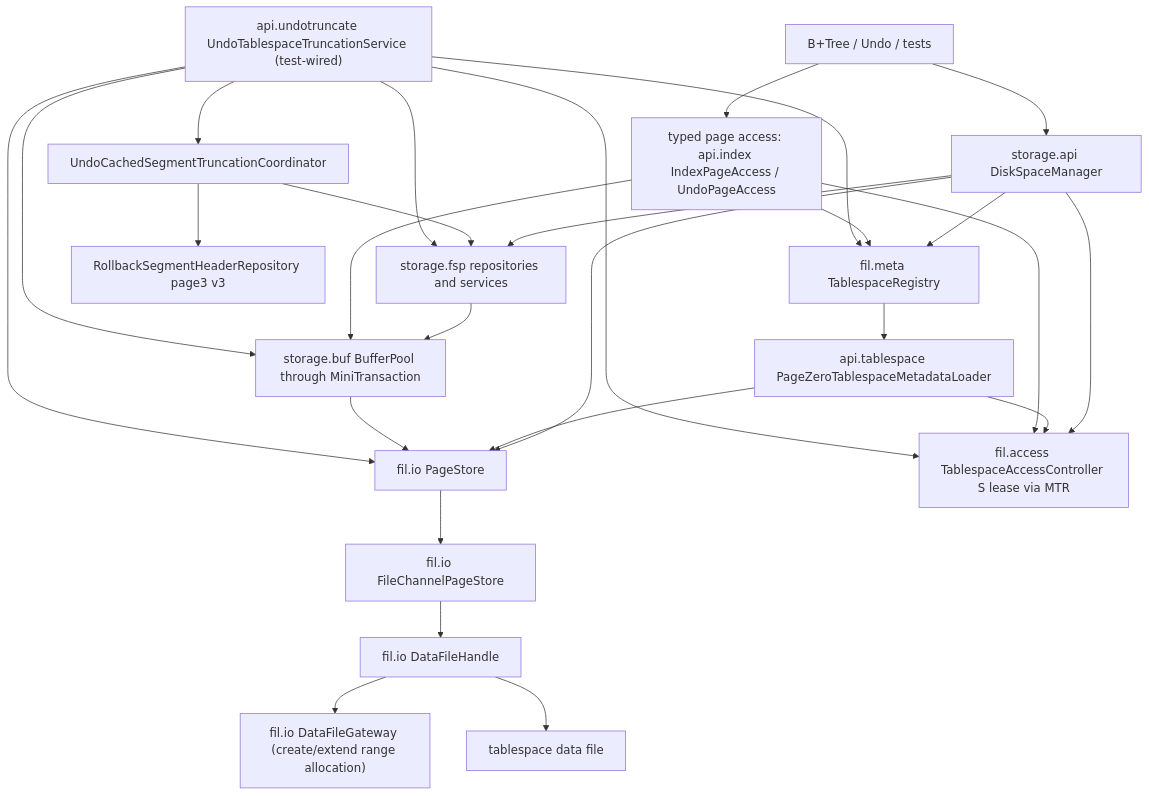
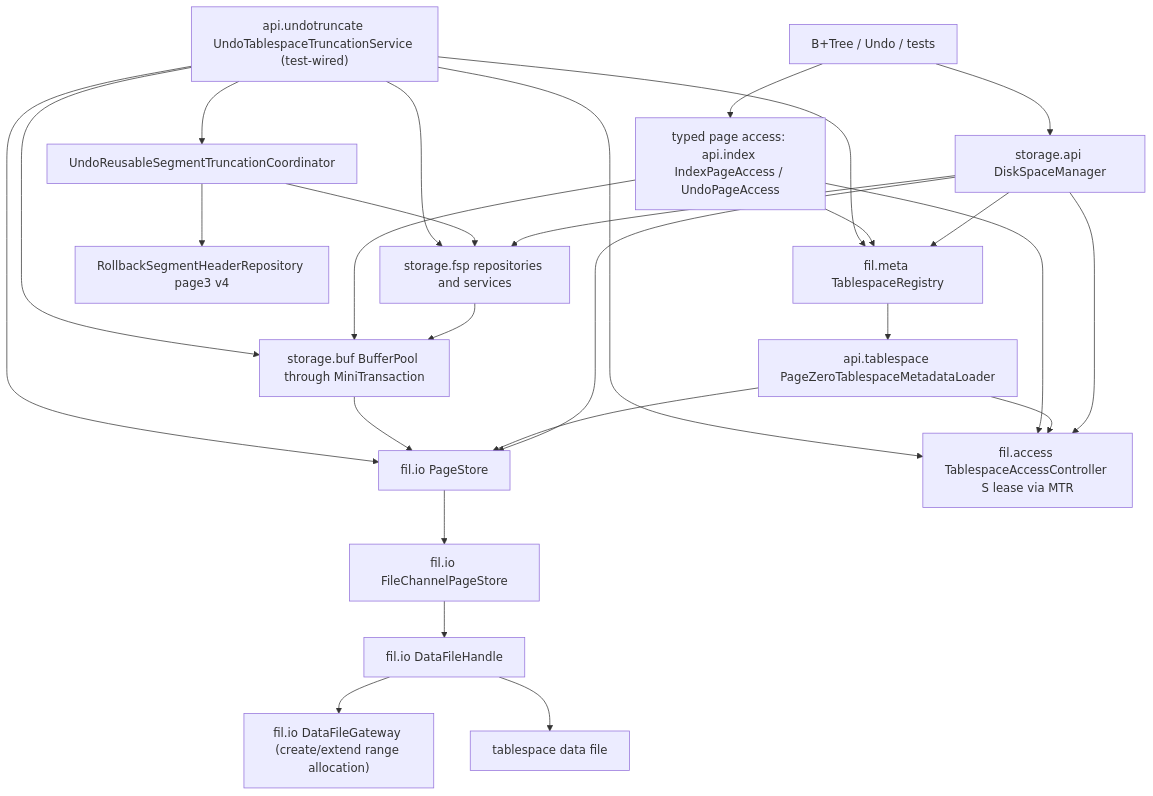
The first of 10 diagrams in docs/design/current-implementation-map.md (mywnlb/dbtest), drawn with Mermaid before and after one commit. The commit also changed other lines of this file and 161 other files, not shown here.

````diff
--- a/docs/design/current-implementation-map.md
+++ b/docs/design/current-implementation-map.md
@@ -17,32 +17,32 @@
 ```mermaid
 flowchart TD
   Upper["B+Tree / Undo / tests"] --> DSM["storage.api DiskSpaceManager"]
   Upper --> PageAccess["typed page access: api.index IndexPageAccess / UndoPageAccess"]
 
   DSM --> FSP["storage.fsp repositories and services"]
   DSM --> Store["fil.io PageStore"]
   DSM --> Registry["fil.meta TablespaceRegistry"]
   DSM --> Access["fil.access TablespaceAccessController S lease via MTR"]
   Registry --> Loader["api.tablespace PageZeroTablespaceMetadataLoader"]
   Loader --> Access
   Loader --> Store
   FSP --> BP["storage.buf BufferPool through MiniTransaction"]
   PageAccess --> BP
   PageAccess --> Access
   PageAccess --> Registry
   BP --> Store
   Store --> ChannelStore["fil.io FileChannelPageStore"]
   ChannelStore --> Handle["fil.io DataFileHandle"]
   Handle --> Gateway["fil.io DataFileGateway (create/extend range allocation)"]
   Handle --> DataFile["tablespace data file"]
 
   Truncate["api.undotruncate UndoTablespaceTruncationService (test-wired)"] --> Access
-  Truncate --> UndoCache["UndoCachedSegmentTruncationCoordinator"]
-  UndoCache --> RsegPage3["RollbackSegmentHeaderRepository page3 v3"]
+  Truncate --> UndoCache["UndoReusableSegmentTruncationCoordinator"]
+  UndoCache --> RsegPage3["RollbackSegmentHeaderRepository page3 v4"]
   UndoCache --> FSP
   Truncate --> Registry
   Truncate --> FSP
   Truncate --> BP
   Truncate --> Store
 
 ```
````
